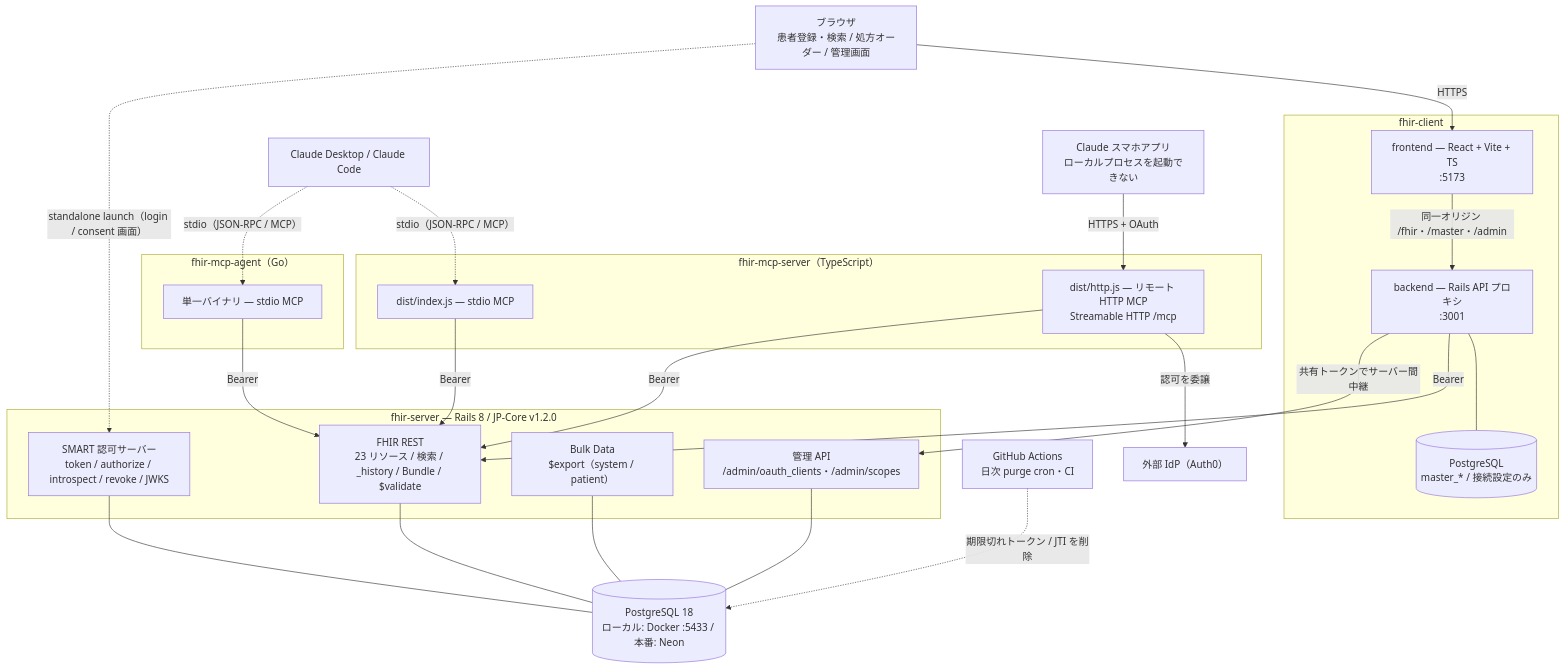
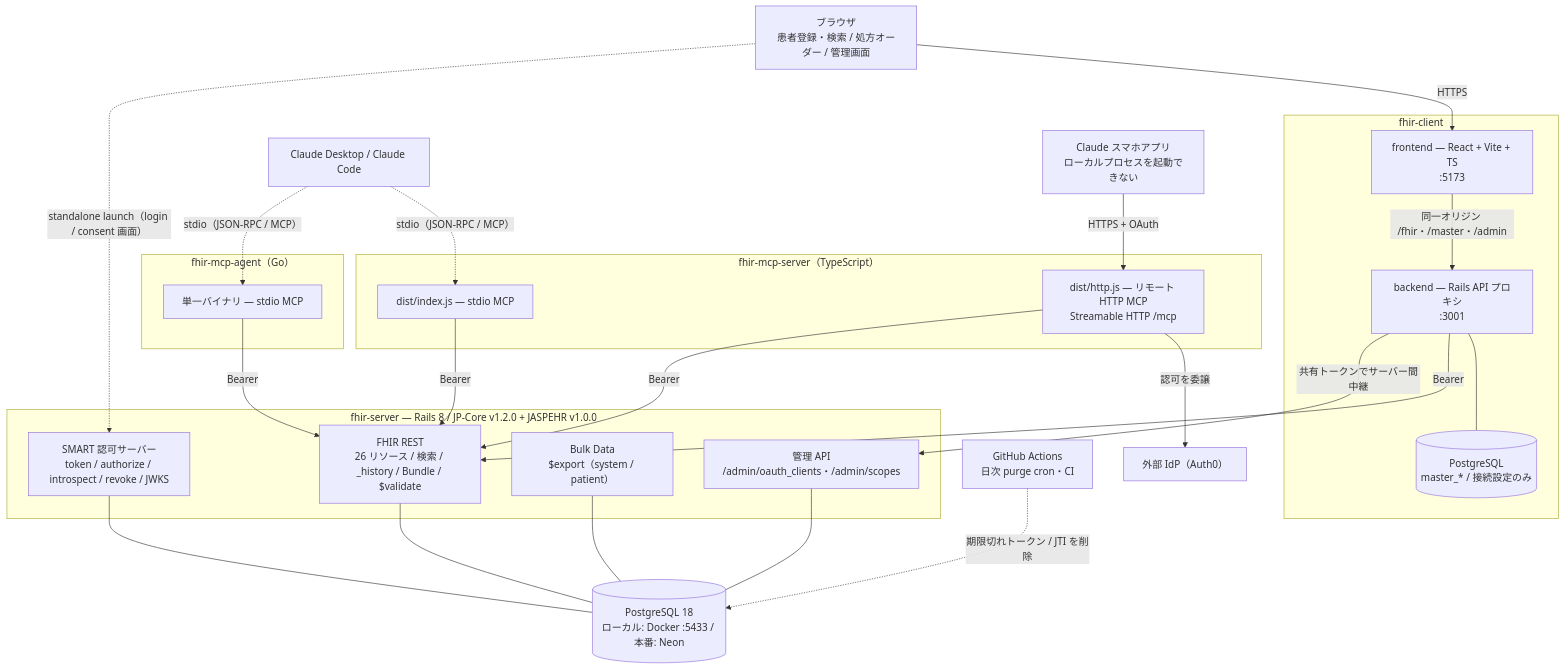
Before and after one commit to ysnr-dev/fhir-server: the first of 3 diagrams in docs/ARCHITECTURE.md, drawn with Mermaid. The commit also changed other lines of this file and 51 other files, not shown here.

````diff
--- a/docs/ARCHITECTURE.md
+++ b/docs/ARCHITECTURE.md
@@ -21,54 +21,54 @@
 ```mermaid
 flowchart TB
     Browser["ブラウザ<br/>患者登録・検索 / 処方オーダー / 管理画面"]
     ClaudeLocal["Claude Desktop / Claude Code"]
     ClaudeMobile["Claude スマホアプリ<br/>ローカルプロセスを起動できない"]
 
     subgraph clientRepo["fhir-client"]
         FE["frontend — React + Vite + TS<br/>:5173"]
         BE["backend — Rails API プロキシ<br/>:3001"]
         BEDB[("PostgreSQL<br/>master_* / 接続設定のみ")]
     end
 
     subgraph mcpTs["fhir-mcp-server（TypeScript）"]
         MCPSTDIO["dist/index.js — stdio MCP"]
         MCPHTTP["dist/http.js — リモート HTTP MCP<br/>Streamable HTTP /mcp"]
     end
 
     subgraph mcpGo["fhir-mcp-agent（Go）"]
         AGENT["単一バイナリ — stdio MCP"]
     end
 
     IDP["外部 IdP（Auth0）"]
 
-    subgraph serverRepo["fhir-server — Rails 8 / JP-Core v1.2.0"]
-        REST["FHIR REST<br/>23 リソース / 検索 / _history / Bundle / $validate"]
+    subgraph serverRepo["fhir-server — Rails 8 / JP-Core v1.2.0 + JASPEHR v1.0.0"]
+        REST["FHIR REST<br/>26 リソース / 検索 / _history / Bundle / $validate"]
         AUTH["SMART 認可サーバー<br/>token / authorize / introspect / revoke / JWKS"]
         BULK["Bulk Data<br/>$export（system / patient）"]
         ADMINAPI["管理 API<br/>/admin/oauth_clients・/admin/scopes"]
     end
 
     DB[("PostgreSQL 18<br/>ローカル: Docker :5433 / 本番: Neon")]
     GHA["GitHub Actions<br/>日次 purge cron・CI"]
 
     Browser -->|HTTPS| FE
     FE -->|"同一オリジン /fhir・/master・/admin"| BE
     BE --- BEDB
     ClaudeLocal -.->|"stdio（JSON-RPC / MCP）"| MCPSTDIO
     ClaudeLocal -.->|"stdio（JSON-RPC / MCP）"| AGENT
     ClaudeMobile -->|"HTTPS + OAuth"| MCPHTTP
     MCPHTTP -->|"認可を委譲"| IDP
 
     BE -->|"Bearer"| REST
     MCPSTDIO -->|"Bearer"| REST
     AGENT -->|"Bearer"| REST
     MCPHTTP -->|"Bearer"| REST
     BE -->|"共有トークンでサーバー間中継"| ADMINAPI
     Browser -.->|"standalone launch（login / consent 画面）"| AUTH
 
     REST --- DB
     AUTH --- DB
     BULK --- DB
     ADMINAPI --- DB
     GHA -.->|"期限切れトークン / JTI を削除"| DB
 ```
````
